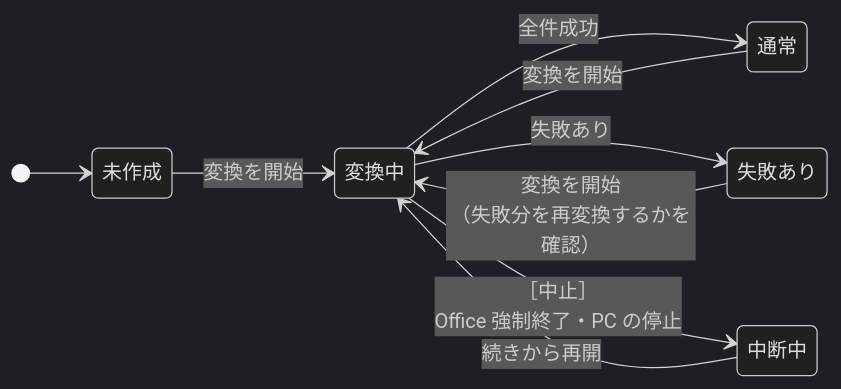
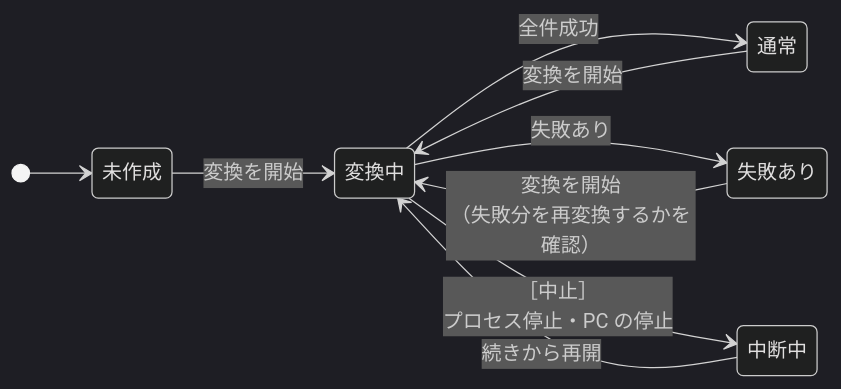
The first of 4 diagrams in docs/03_画面_4_状態と操作の流れ.md (hsgwa/tebunko), drawn with Mermaid (dark theme) before and after one commit. The commit also changed other lines of this file and 27 other files, not shown here.

````diff
--- a/docs/03_画面_4_状態と操作の流れ.md
+++ b/docs/03_画面_4_状態と操作の流れ.md
@@ -24,18 +24,18 @@
 ```mermaid
 stateDiagram-v2
     direction LR
     state "未作成" as None
     state "通常" as Ready
     state "変換中" as Running
     state "中断中" as Suspended
     state "失敗あり" as HasError
 
     [*] --> None
     None --> Running : 変換を開始
     Ready --> Running : 変換を開始
     Suspended --> Running : 続きから再開
     HasError --> Running : 変換を開始<br>（失敗分を再変換するかを確認）
     Running --> Ready : 全件成功
     Running --> HasError : 失敗あり
-    Running --> Suspended : ［中止］<br>Office 強制終了・PC の停止
+    Running --> Suspended : ［中止］<br>プロセス停止・PC の停止
 ```
````
